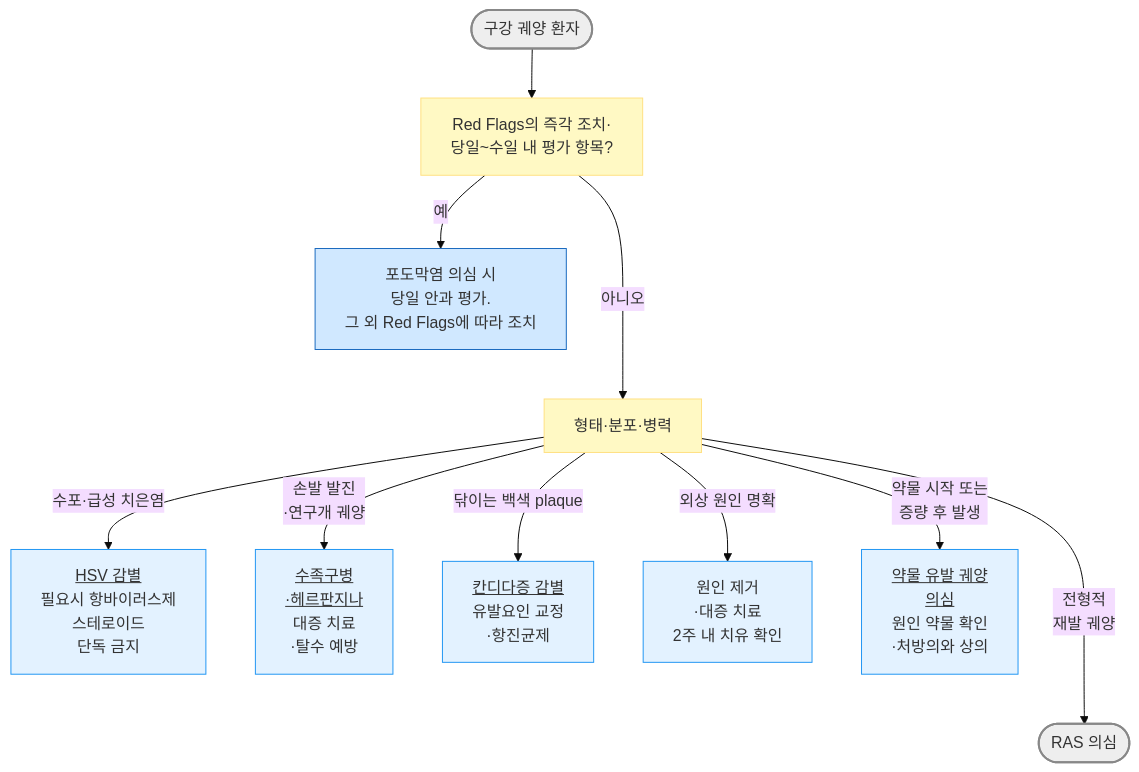
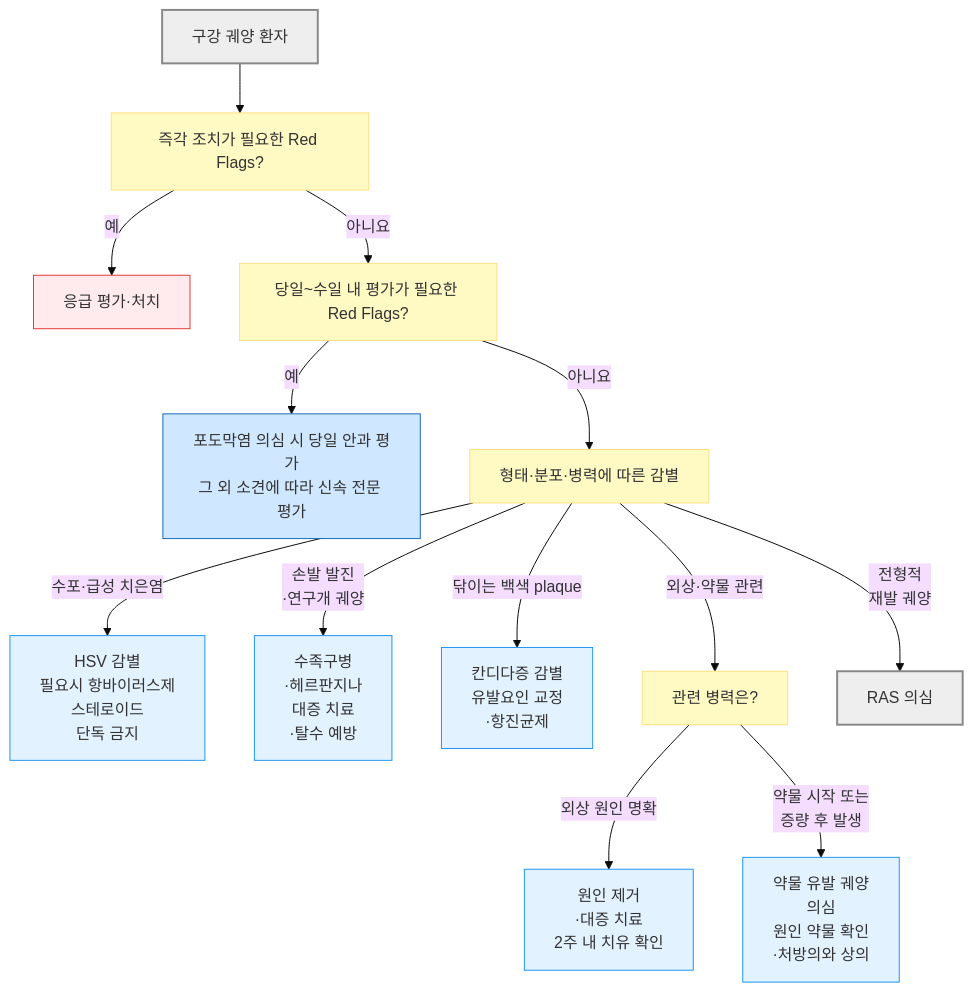
The first of 2 diagrams in 222_/054_-stomatitis.md (familyoh77/familyoh77), drawn with Mermaid (base theme) before and after one commit. The commit also changed other lines of this file and 13 other files, not shown here.

````diff
--- a/222_/054_-stomatitis.md
+++ b/222_/054_-stomatitis.md
@@ -268,21 +268,26 @@
 ```mermaid
 flowchart TD
-    A([구강 궤양 환자]) --> PRE["Red Flags의 즉각 조치·<br/>당일~수일 내 평가 항목?"]
-    PRE --> |예| RF["포도막염 의심 시 <br/>당일 안과 평가. <br/>그 외 Red Flags에 따라 조치"]
-    PRE ---> |아니오| DIFF["형태·분포·병력"]
-    DIFF --> |수포·급성 치은염| HSV["<u>HSV 감별</u><br/>필요시 항바이러스제<br/>스테로이드 <br/>단독 금지"]
-    DIFF --> |손발 발진<br/>·연구개 궤양| ENT["<u>수족구병<br/>·헤르판지나</u><br/>대증 치료<br/>·탈수 예방"]
-    DIFF --> |닦이는 백색 plaque| CAND["<u>칸디다증 감별</u><br/>유발요인 교정<br/>·항진균제"]
-    DIFF --> |외상 원인 명확| TRAUMA["원인 제거<br/>·대증 치료<br/>2주 내 치유 확인"]
-    DIFF ---> |전형적 <br/>재발 궤양| RAS(["RAS 의심"])
-    DIFF --> |약물 시작 또는 <br/>증량 후 발생| DRUG["<u>약물 유발 궤양 <br/>의심</u><br/>원인 약물 확인<br/>·처방의와 상의"]
+    A["구강 궤양 환자"] --> EM["즉각 조치가 필요한 Red Flags?"]
+    EM -- "예" --> ER["응급 평가·처치"]
+    EM -- "아니요" --> PRE["당일~수일 내 평가가 필요한 Red Flags?"]
+    PRE -- "예" --> RF["포도막염 의심 시 당일 안과 평가<br/>그 외 소견에 따라 신속 전문 평가"]
+    PRE -- "아니요" --> DIFF["형태·분포·병력에 따른 감별"]
+    DIFF -- "수포·급성 치은염" --> HSV["HSV 감별<br/>필요시 항바이러스제<br/>스테로이드 <br/>단독 금지"]
+    DIFF -- "손발 발진<br/>·연구개 궤양" --> ENT["수족구병<br/>·헤르판지나<br/>대증 치료<br/>·탈수 예방"]
+    DIFF -- "닦이는 백색 plaque" --> CAND["칸디다증 감별<br/>유발요인 교정<br/>·항진균제"]
+    DIFF -- "외상·약물 관련" --> EXP["관련 병력은?"]
+    EXP -- "외상 원인 명확" --> TRAUMA["원인 제거<br/>·대증 치료<br/>2주 내 치유 확인"]
+    DIFF -- "전형적 <br/>재발 궤양" --> RAS["RAS 의심"]
+    EXP -- "약물 시작 또는 <br/>증량 후 발생" --> DRUG["약물 유발 궤양 <br/>의심<br/>원인 약물 확인<br/>·처방의와 상의"]
 
-style A fill:#eeeeee,stroke:#888888,stroke-width:2px
-style RAS fill:#eeeeee,stroke:#888888,stroke-width:2px
+style A fill:#eee,stroke:#888,stroke-width:2px
+style RAS fill:#eee,stroke:#888,stroke-width:2px
 classDef yellow fill:#fff9c4,stroke:#ffe082
-class PRE,DIFF yellow
+class EM,PRE,DIFF,EXP yellow
+classDef red fill:#ffebee,stroke:#e53935
+class ER red
 classDef sky fill:#e3f2ff,stroke:#2196f3
 class HSV,ENT,CAND,TRAUMA,DRUG sky
 classDef blue fill:#d0e8ff,stroke:#1a6abf
 class RF blue
 ```
````
